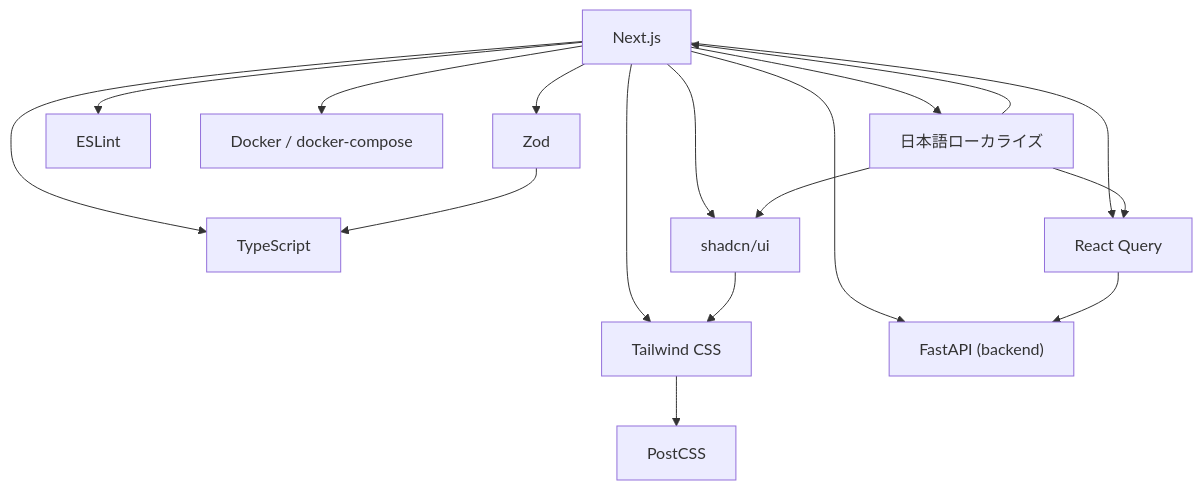
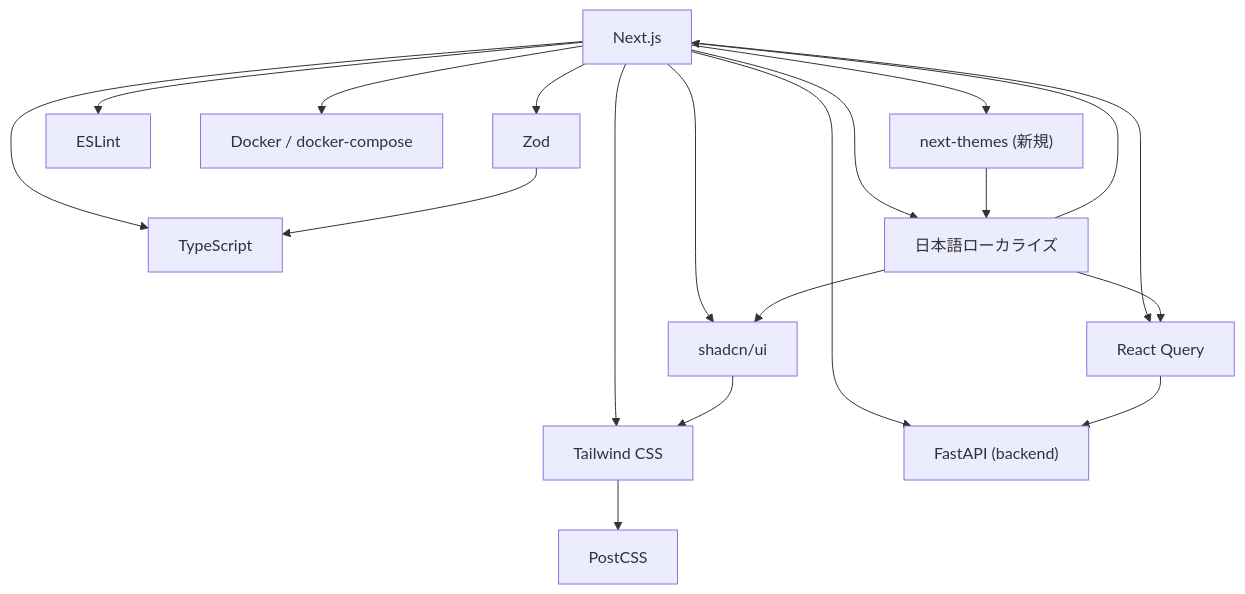
Before and after one commit to ss8806/Todos: diagram 14 of 14 in .qoder/repowiki/ja/content/フロントエンド開発.md, drawn with Mermaid. The commit also changed other lines of this file and 6 other files, not shown here.

````diff
--- a/.qoder/repowiki/ja/content/フロントエンド開発.md
+++ b/.qoder/repowiki/ja/content/フロントエンド開発.md
@@ -613,30 +677,33 @@
 ```mermaid
 graph TB
 NEXT["Next.js"]
 TS["TypeScript"]
 TW["Tailwind CSS"]
 REACTQUERY["React Query"]
 SHADCN["shadcn/ui"]
 ZOD["Zod"]
 POST["PostCSS"]
 ESL["ESLint"]
 DK["Docker / docker-compose"]
 FASTAPI["FastAPI (backend)"]
+NEXTTHEMES["next-themes (新規)"]
 JA["日本語ローカライズ"]
 NEXT --> TS
 NEXT --> TW
 NEXT --> REACTQUERY
 NEXT --> SHADCN
 NEXT --> ZOD
+NEXT --> NEXTTHEMES
 TW --> POST
 NEXT --> ESL
 NEXT --> DK
 NEXT --> FASTAPI
 NEXT --> JA
 REACTQUERY --> FASTAPI
 SHADCN --> TW
 ZOD --> TS
 JA --> NEXT
 JA --> SHADCN
 JA --> REACTQUERY
+NEXTTHEMES --> JA
 ```
````
